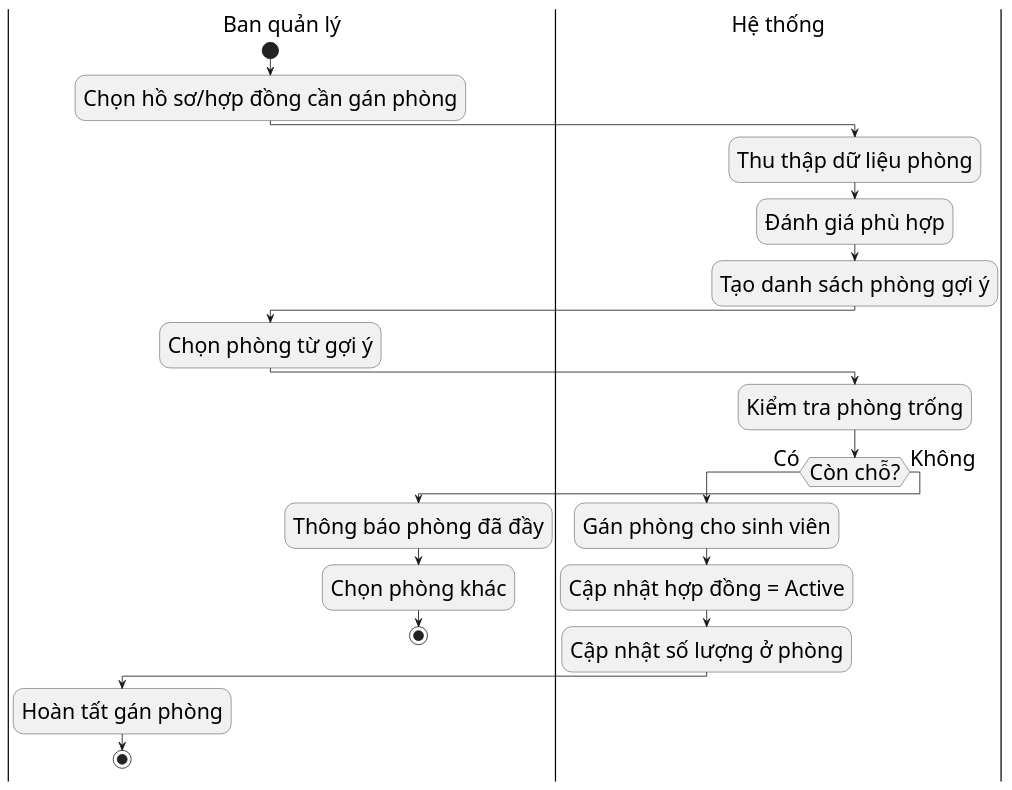
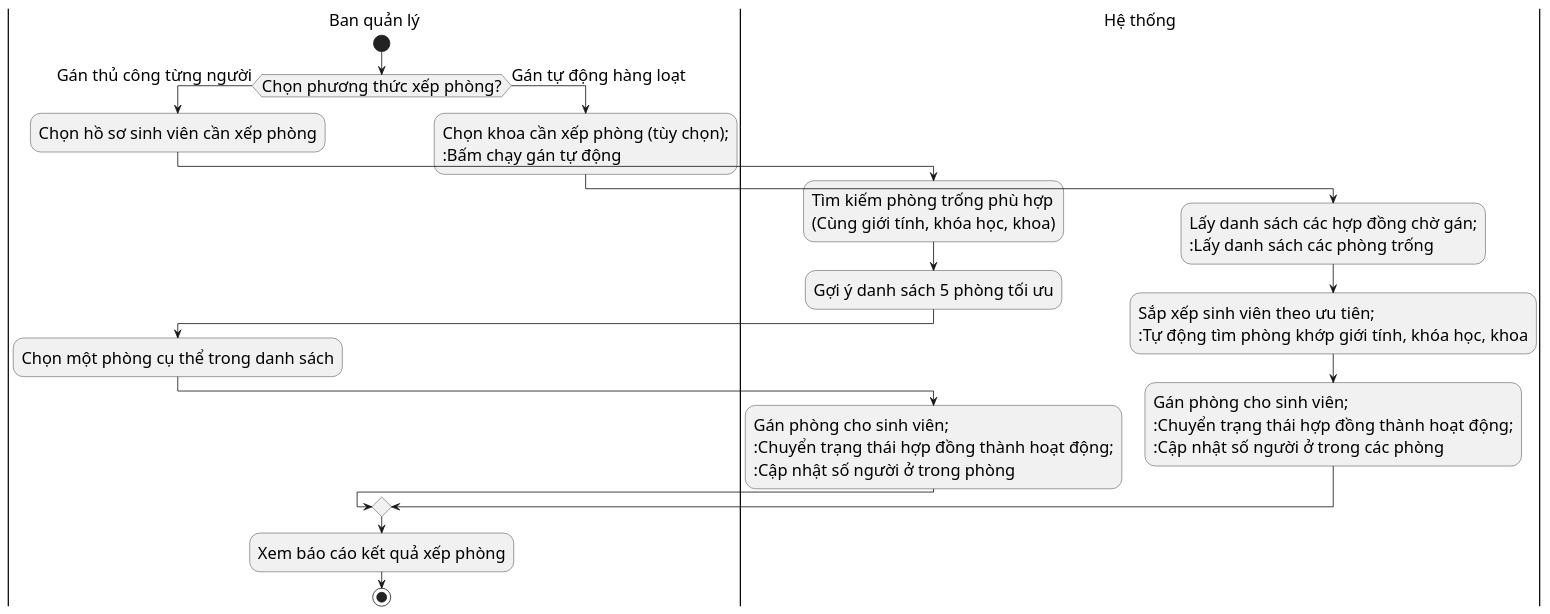
The diagram in diagrams/nhomphonghopdong/room_assignment_activity.puml (s0nbuildtech287/dormitory-frontend), drawn with PlantUML before and after one commit. The commit also changed 2 other files, not shown here.

```diff
--- a/diagrams/nhomphonghopdong/room_assignment_activity.puml
+++ b/diagrams/nhomphonghopdong/room_assignment_activity.puml
@@ -1,28 +1,26 @@
 @startuml "Room Assignment Activity"
-skinparam defaultFontSize 26s
+skinparam defaultFontSize 20
 skinparam defaultFontName "Times New Roman"
 |Ban quản lý|
 start
-:Chọn hồ sơ/hợp đồng cần gán phòng;
-|Hệ thống|
-:Thu thập dữ liệu phòng;
-:Đánh giá phù hợp;
-:Tạo danh sách phòng gợi ý;
+if (Chọn phương thức xếp phòng?) then (Gán thủ công từng người)
+  :Chọn hồ sơ sinh viên cần xếp phòng;
+  |Hệ thống|
+  :Tìm kiếm phòng trống phù hợp\n(Cùng giới tính, khóa học, khoa);
+  :Gợi ý danh sách 5 phòng tối ưu;
+  |Ban quản lý|
+  :Chọn một phòng cụ thể trong danh sách;
+  |Hệ thống|
+  :Gán phòng cho sinh viên;\n:Chuyển trạng thái hợp đồng thành hoạt động;\n:Cập nhật số người ở trong phòng;
+else (Gán tự động hàng loạt)
+  |Ban quản lý|
+  :Chọn khoa cần xếp phòng (tùy chọn);\n:Bấm chạy gán tự động;
+  |Hệ thống|
+  :Lấy danh sách các hợp đồng chờ gán;\n:Lấy danh sách các phòng trống;
+  :Sắp xếp sinh viên theo ưu tiên;\n:Tự động tìm phòng khớp giới tính, khóa học, khoa;
+  :Gán phòng cho sinh viên;\n:Chuyển trạng thái hợp đồng thành hoạt động;\n:Cập nhật số người ở trong các phòng;
+endif
 |Ban quản lý|
-:Chọn phòng từ gợi ý;
-|Hệ thống|
-:Kiểm tra phòng trống;
-if (Còn chỗ?) then (Có)
-  :Gán phòng cho sinh viên;
-  :Cập nhật hợp đồng = Active;
-  :Cập nhật số lượng ở phòng;
-  |Ban quản lý|
-  :Hoàn tất gán phòng;
-  stop
-else (Không)
-  :Thông báo phòng đã đầy;
-  |Ban quản lý|
-  :Chọn phòng khác;
-  stop
-endif
+:Xem báo cáo kết quả xếp phòng;
+stop
 @enduml
```
